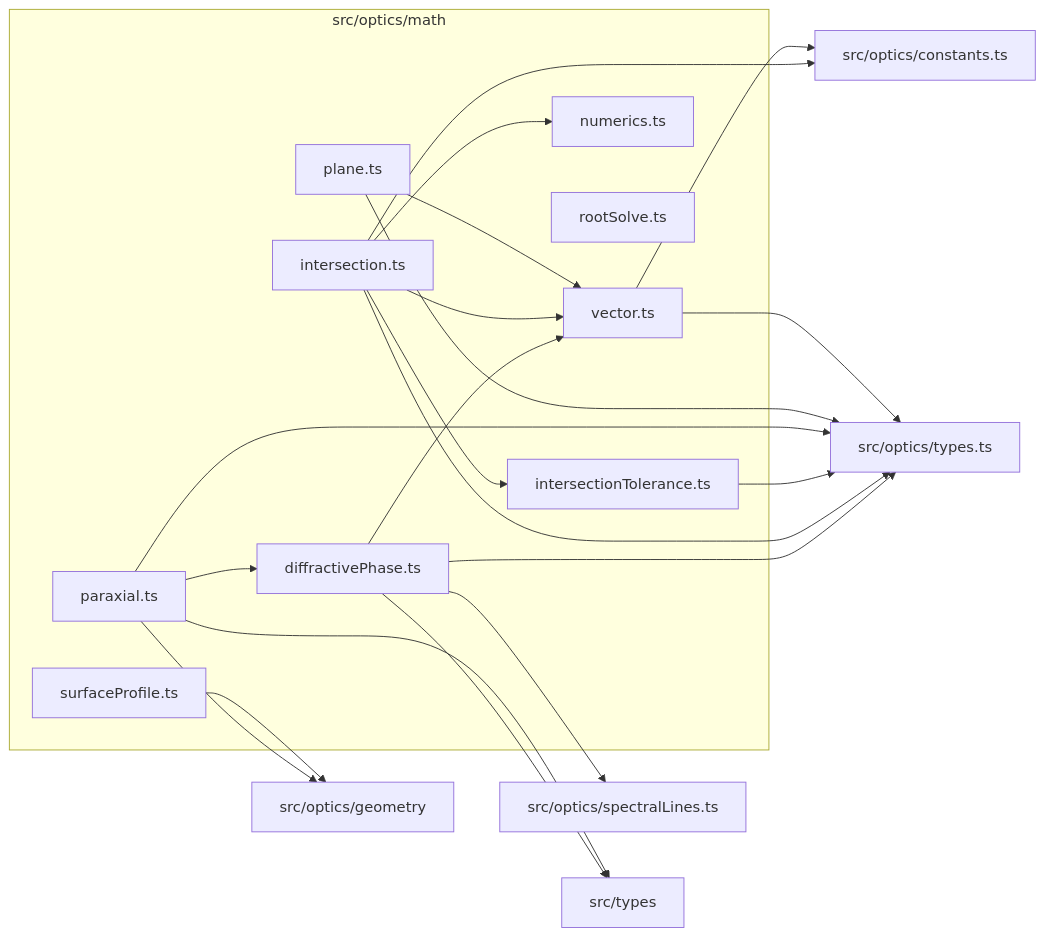
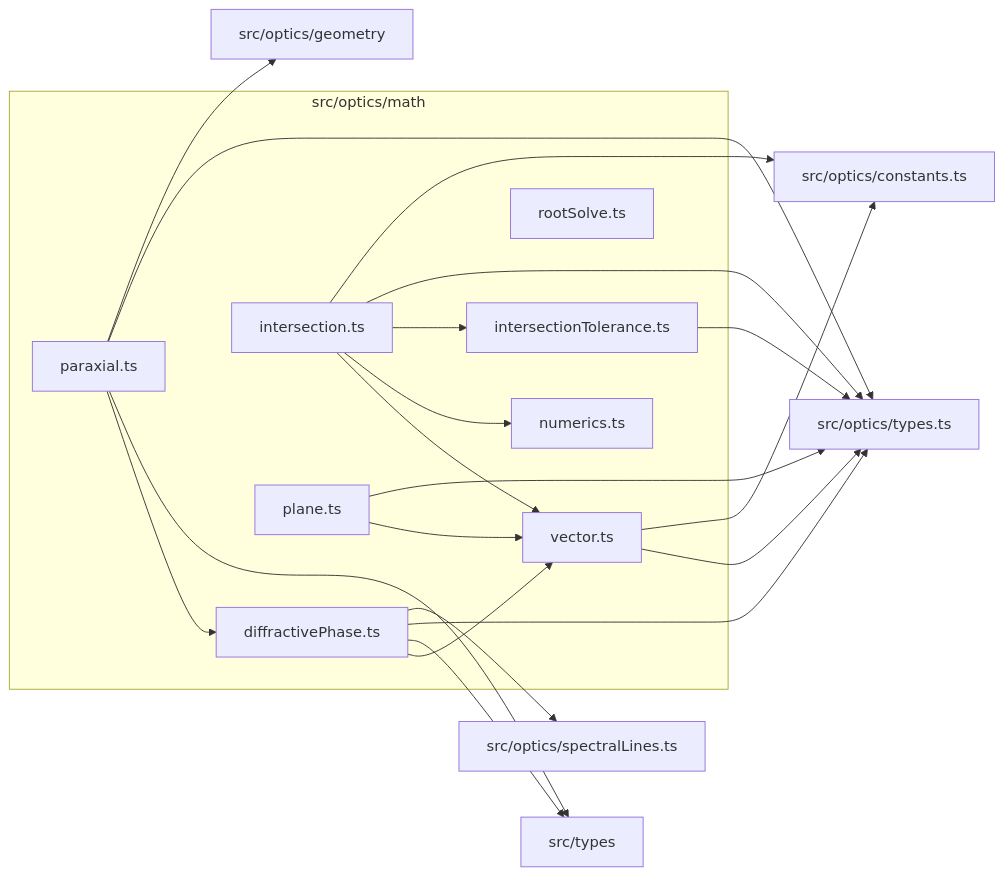
One commit to ronbuening/LensVisualizer changed the diagram in src/optics/math/readme.md. Above: the diagram before and after it, drawn with Mermaid. The commit also changed other lines of this file and 34 other files, not shown here.

````diff
--- a/src/optics/math/readme.md
+++ b/src/optics/math/readme.md
@@ -9,38 +9,36 @@
 ```mermaid
 flowchart LR
   subgraph n_src_optics_math["src/optics/math"]
     n_src_optics_math_src_optics_math_diffractivePhase_ts["diffractivePhase.ts"]
     n_src_optics_math_src_optics_math_intersection_ts["intersection.ts"]
     n_src_optics_math_src_optics_math_intersectionTolerance_ts["intersectionTolerance.ts"]
     n_src_optics_math_src_optics_math_numerics_ts["numerics.ts"]
     n_src_optics_math_src_optics_math_paraxial_ts["paraxial.ts"]
     n_src_optics_math_src_optics_math_plane_ts["plane.ts"]
     n_src_optics_math_src_optics_math_rootSolve_ts["rootSolve.ts"]
-    n_src_optics_math_src_optics_math_surfaceProfile_ts["surfaceProfile.ts"]
     n_src_optics_math_src_optics_math_vector_ts["vector.ts"]
   end
   n_external_src_optics_constants_ts["src/optics/constants.ts"]
   n_external_src_optics_geometry["src/optics/geometry"]
   n_external_src_optics_spectralLines_ts["src/optics/spectralLines.ts"]
   n_external_src_optics_types_ts["src/optics/types.ts"]
   n_external_src_types["src/types"]
   n_src_optics_math_src_optics_math_intersection_ts --> n_external_src_optics_constants_ts
   n_src_optics_math_src_optics_math_vector_ts --> n_external_src_optics_constants_ts
   n_src_optics_math_src_optics_math_paraxial_ts --> n_external_src_optics_geometry
-  n_src_optics_math_src_optics_math_surfaceProfile_ts --> n_external_src_optics_geometry
   n_src_optics_math_src_optics_math_diffractivePhase_ts --> n_external_src_optics_spectralLines_ts
   n_src_optics_math_src_optics_math_diffractivePhase_ts --> n_external_src_optics_types_ts
   n_src_optics_math_src_optics_math_intersection_ts --> n_external_src_optics_types_ts
   n_src_optics_math_src_optics_math_intersectionTolerance_ts --> n_external_src_optics_types_ts
   n_src_optics_math_src_optics_math_paraxial_ts --> n_external_src_optics_types_ts
   n_src_optics_math_src_optics_math_plane_ts --> n_external_src_optics_types_ts
   n_src_optics_math_src_optics_math_vector_ts --> n_external_src_optics_types_ts
   n_src_optics_math_src_optics_math_diffractivePhase_ts --> n_external_src_types
   n_src_optics_math_src_optics_math_paraxial_ts --> n_external_src_types
   n_src_optics_math_src_optics_math_paraxial_ts --> n_src_optics_math_src_optics_math_diffractivePhase_ts
   n_src_optics_math_src_optics_math_intersection_ts --> n_src_optics_math_src_optics_math_intersectionTolerance_ts
   n_src_optics_math_src_optics_math_intersection_ts --> n_src_optics_math_src_optics_math_numerics_ts
   n_src_optics_math_src_optics_math_diffractivePhase_ts --> n_src_optics_math_src_optics_math_vector_ts
   n_src_optics_math_src_optics_math_intersection_ts --> n_src_optics_math_src_optics_math_vector_ts
   n_src_optics_math_src_optics_math_plane_ts --> n_src_optics_math_src_optics_math_vector_ts
 ```
````
